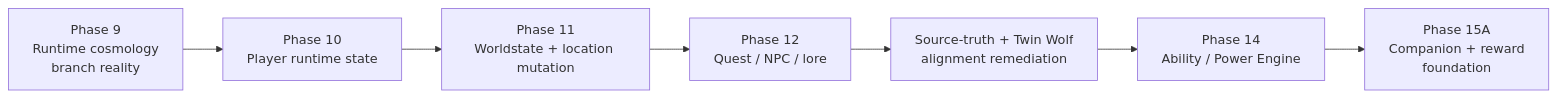
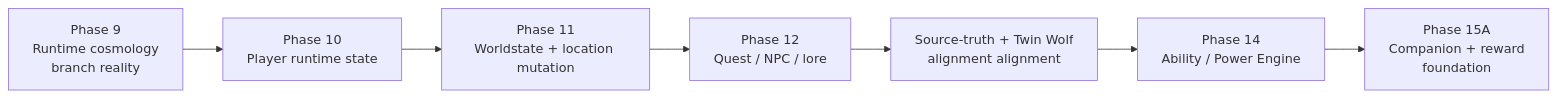
One commit to flynn33/yggdrasil-world-engine changed the diagram in docs/architecture/README.md. Above: the diagram before and after it, drawn with Mermaid. The commit also changed other lines of this file and 199 other files, not shown here.

````diff
--- a/docs/architecture/README.md
+++ b/docs/architecture/README.md
@@ -187,12 +187,12 @@
 ```mermaid
 flowchart LR
   P9["Phase 9<br/>Runtime cosmology<br/>branch reality"]
   P10["Phase 10<br/>Player runtime state"]
   P11["Phase 11<br/>Worldstate + location mutation"]
   P12["Phase 12<br/>Quest / NPC / lore"]
-  STR["Source-truth + Twin Wolf<br/>alignment remediation"]
+  STR["Source-truth + Twin Wolf<br/>alignment alignment"]
   P14["Phase 14<br/>Ability / Power Engine"]
   P15A["Phase 15A<br/>Companion + reward<br/>foundation"]
 
   P9 --> P10 --> P11 --> P12 --> STR --> P14 --> P15A
 ```
````
